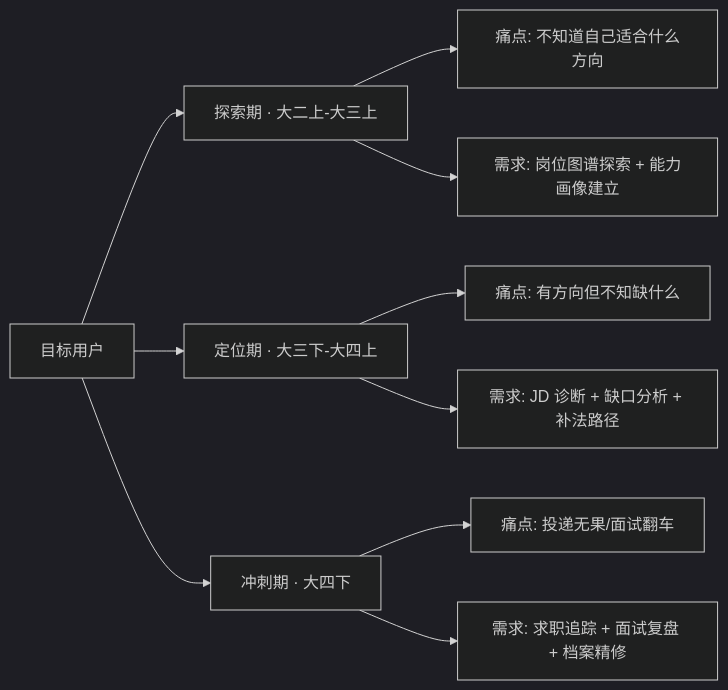
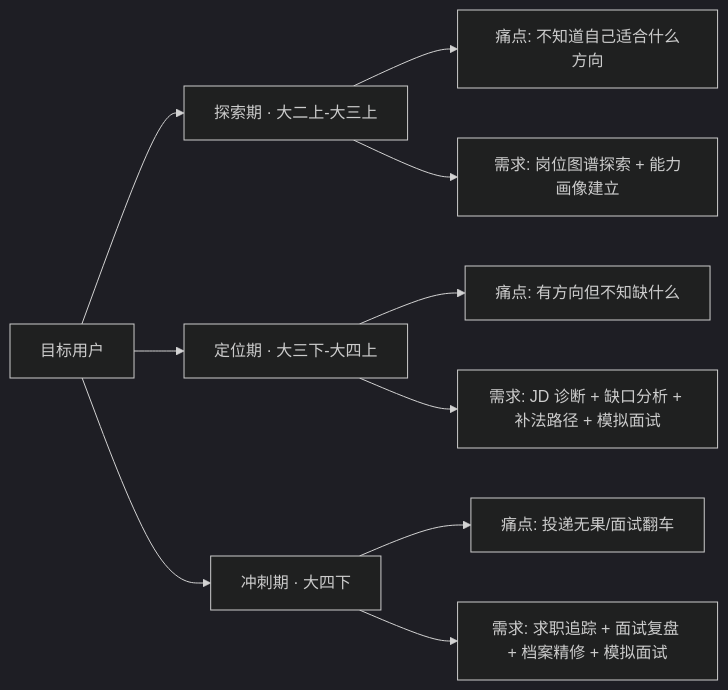
One commit to 1797127235/CareerPlanningAgent changed the first of 4 diagrams in docs/项目详细方案.md. Above: the diagram before and after it, drawn with Mermaid (dark theme). The commit also changed other lines of this file and 65 other files, not shown here.

````diff
--- a/docs/项目详细方案.md
+++ b/docs/项目详细方案.md
@@ -95,15 +94,15 @@
 ```mermaid
 graph LR
   A[目标用户] --> B[探索期 · 大二上-大三上]
   A --> C[定位期 · 大三下-大四上]
   A --> D[冲刺期 · 大四下]
 
   B --> B1[痛点: 不知道自己适合什么方向]
   B --> B2[需求: 岗位图谱探索 + 能力画像建立]
 
   C --> C1[痛点: 有方向但不知缺什么]
-  C --> C2[需求: JD 诊断 + 缺口分析 + 补法路径]
+  C --> C2[需求: JD 诊断 + 缺口分析 + 补法路径 + 模拟面试]
 
   D --> D1[痛点: 投递无果/面试翻车]
-  D --> D2[需求: 求职追踪 + 面试复盘 + 档案精修]
+  D --> D2[需求: 求职追踪 + 面试复盘 + 档案精修 + 模拟面试]
 ```
````
